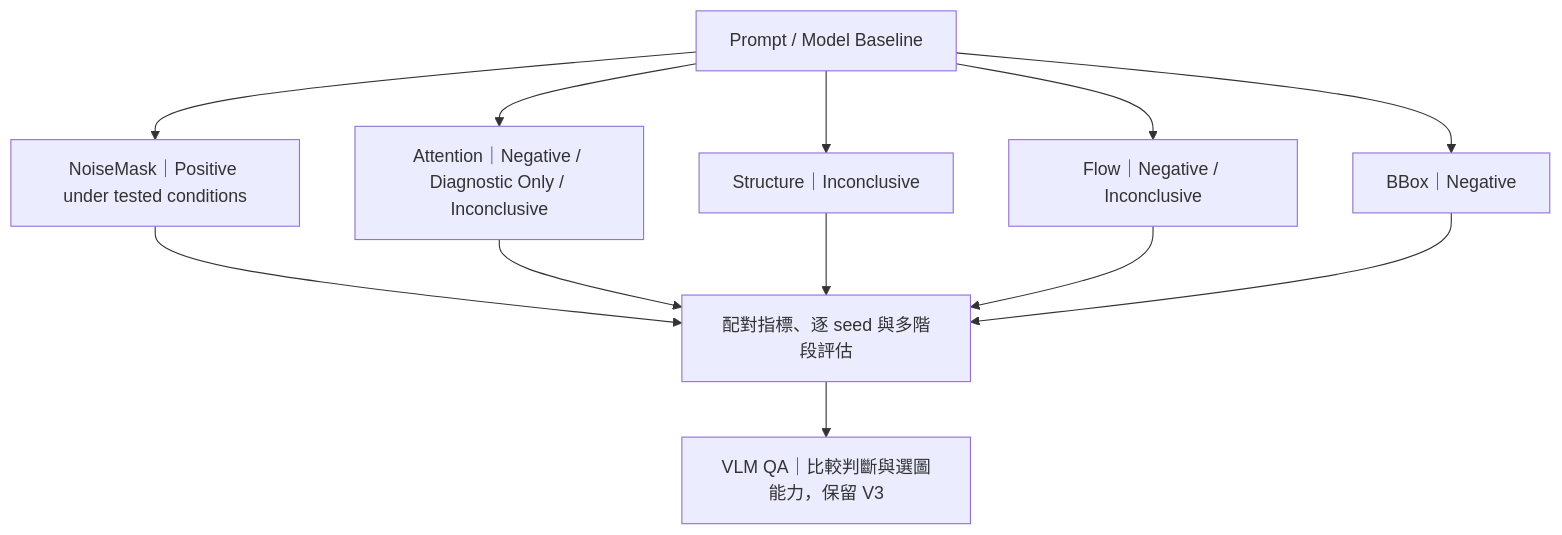
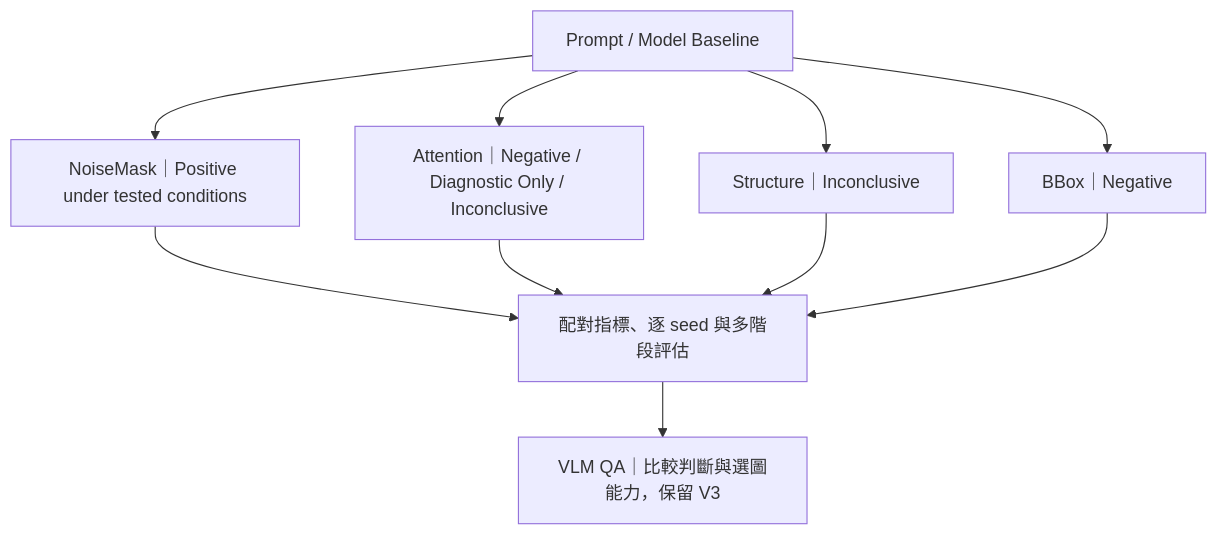
Before and after one commit to Ice8588/image-layer-restoration-research: the second of 3 diagrams in README.md, drawn with Mermaid. The commit also changed other lines of this file and 2 other files, not shown here.

Commit message:
調整 README 精選研究與五欄首圖，驗證素材像素及文件渲染

````diff
--- a/README.md
+++ b/README.md
@@ -39,14 +39,12 @@
 ```mermaid
 flowchart TD
  B["Prompt / Model Baseline"] --> R["BBox｜Negative"]
  B --> N["NoiseMask｜Positive under tested conditions"]
  B --> A["Attention｜Negative / Diagnostic Only / Inconclusive"]
  B --> S["Structure｜Inconclusive"]
- B --> F["Flow｜Negative / Inconclusive"]
  N --> E["配對指標、逐 seed 與多階段評估"]
  A --> E
  S --> E
- F --> E
  R --> E
  E --> Q["VLM QA｜比較判斷與選圖能力，保留 V3"]
 ```
````
